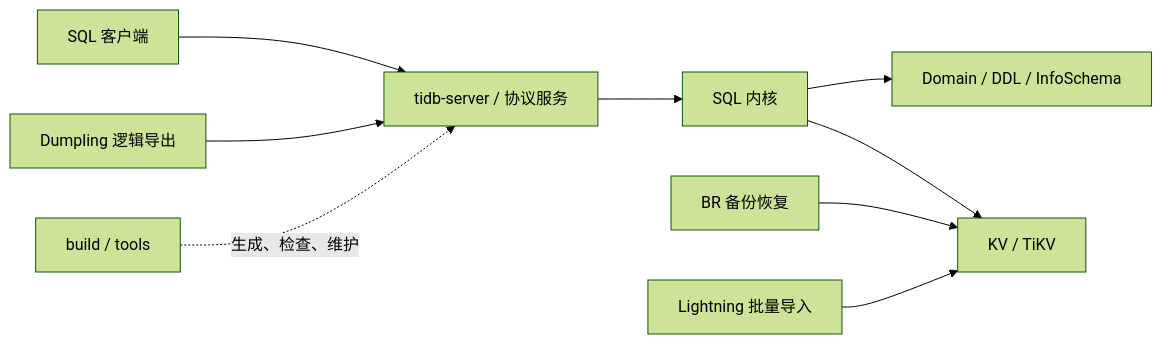
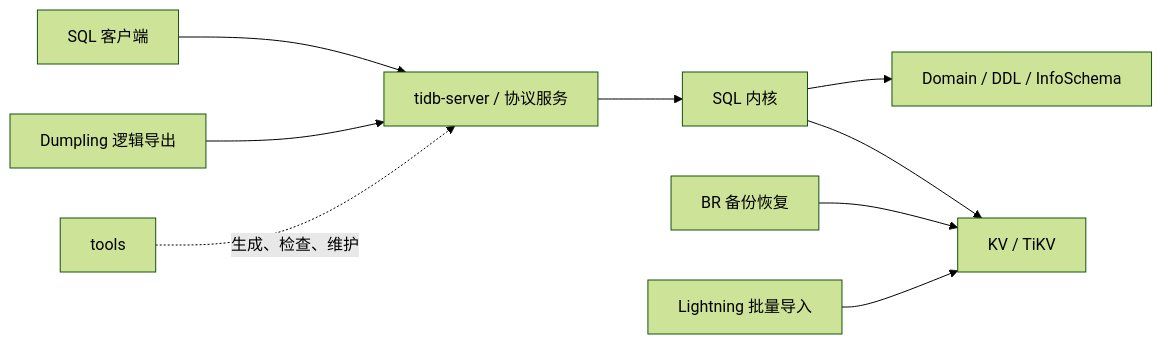
Before and after one commit to astersql/astersql: the first of 5 diagrams in docs/rust-architecture/architecture.md, drawn with Mermaid (forest theme). The commit also changed other lines of this file and 120 other files, not shown here.

````diff
--- a/docs/rust-architecture/architecture.md
+++ b/docs/rust-architecture/architecture.md
@@ -9,19 +9,19 @@
 ```mermaid
 flowchart LR
   Client[SQL 客户端] --> Server[tidb-server / 协议服务]
   Server --> Kernel[SQL 内核]
   Kernel --> Meta[Domain / DDL / InfoSchema]
   Kernel --> Storage[KV / TiKV]
   BR[BR 备份恢复] --> Storage
   Lightning[Lightning 批量导入] --> Storage
   Dumpling[Dumpling 逻辑导出] --> Server
-  Build[build / tools] -.生成、检查、维护.-> Server
+  Build[tools] -.生成、检查、维护.-> Server
   click Server "../../cmd/tidb-server/main.rs.md"
   click Kernel "../../pkg/session/runtime/session.rs.md"
   click Meta "../../pkg/domain/domain.rs.md"
   click Storage "../../pkg/store/driver/tikv_driver.rs.md"
   click BR "../../br/cmd/br/main.rs.md"
   click Lightning "../../lightning/cmd/tidb-lightning/main.rs.md"
   click Dumpling "../../dumpling/cmd/dumpling/main.rs.md"
-  click Build "../../build/linter/linter.rs.md"
+  click Build "../../tools/tazel/main.rs.md"
 ```
````
